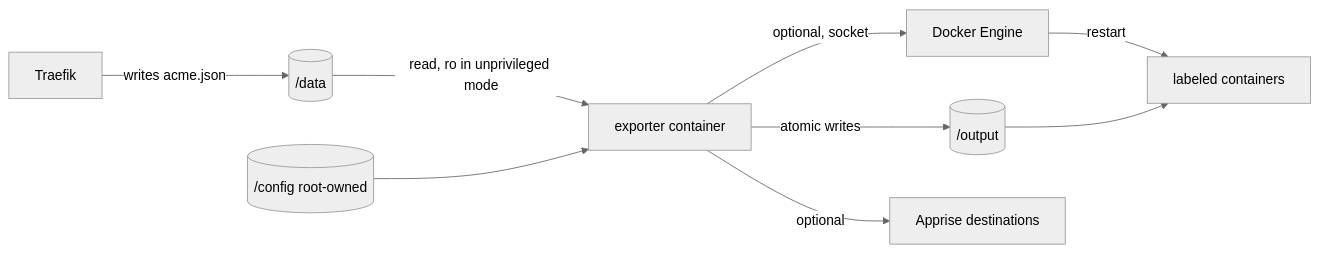
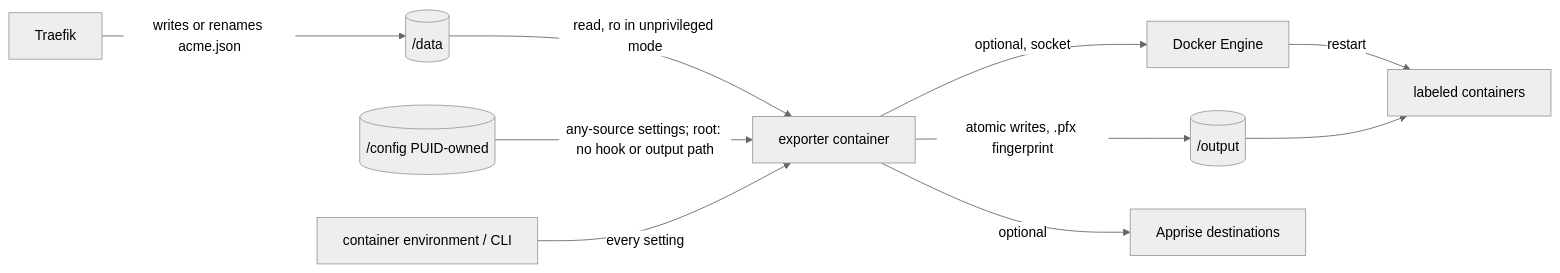
The second of 2 diagrams in _bmad-output/planning-artifacts/architecture/architecture-traefik-certificate-exporter-2026-08-30/ARCHITECTURE-SPINE.md (ravensorb/traefik-certificate-exporter), drawn with Mermaid (neutral theme) before and after one commit. The commit also changed other lines of this file and 14 other files, not shown here.

````diff
--- a/_bmad-output/planning-artifacts/architecture/architecture-traefik-certificate-exporter-2026-08-30/ARCHITECTURE-SPINE.md
+++ b/_bmad-output/planning-artifacts/architecture/architecture-traefik-certificate-exporter-2026-08-30/ARCHITECTURE-SPINE.md
@@ -425,11 +602,12 @@
 ```mermaid
 graph LR
-  traefik[Traefik] -->|writes acme.json| data[(/data)]
+  traefik[Traefik] -->|writes or renames acme.json| data[(/data)]
   data -->|read, ro in unprivileged mode| exporter[exporter container]
-  config[(/config root-owned)] --> exporter
-  exporter -->|atomic writes| output[(/output)]
+  config[(/config PUID-owned)] -->|any-source settings; root: no hook or output path| exporter
+  env[container environment / CLI] -->|every setting| exporter
+  exporter -->|atomic writes, .pfx fingerprint| output[(/output)]
   exporter -->|optional, socket| engine[Docker Engine]
   engine -->|restart| consumers[labeled containers]
   exporter -->|optional| apprise[Apprise destinations]
   output --> consumers
 ```
````
